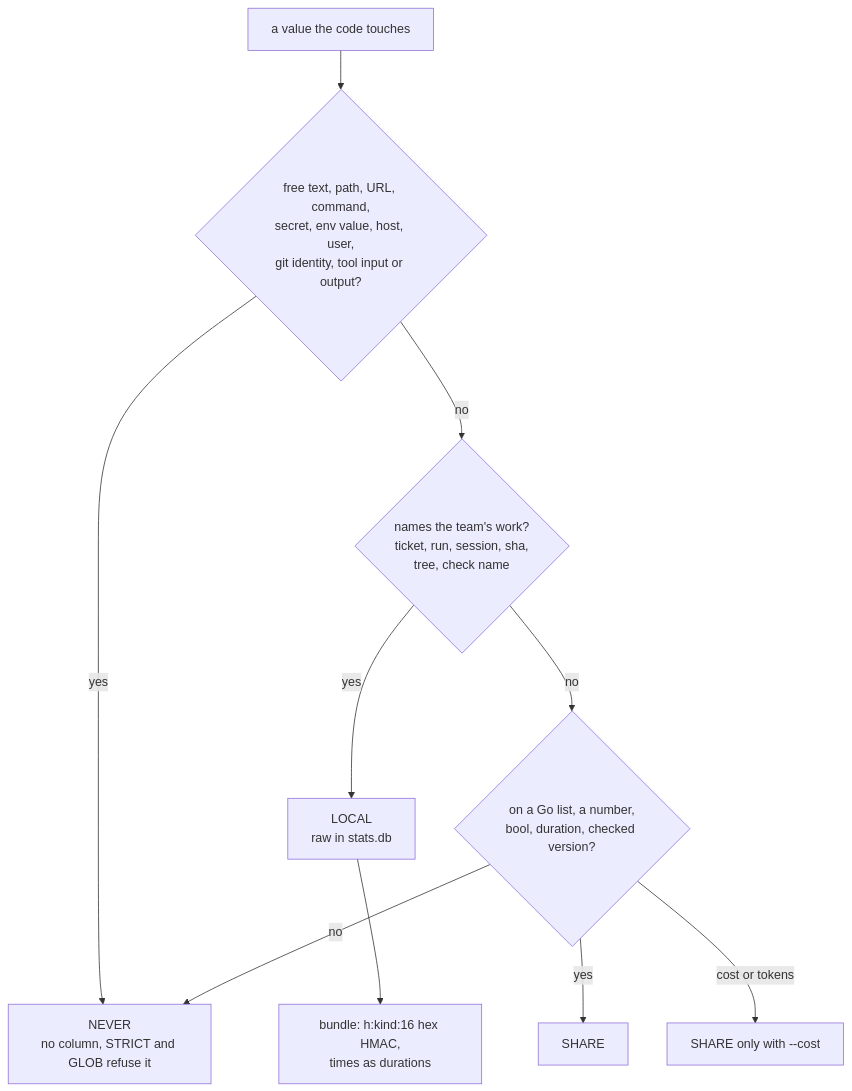
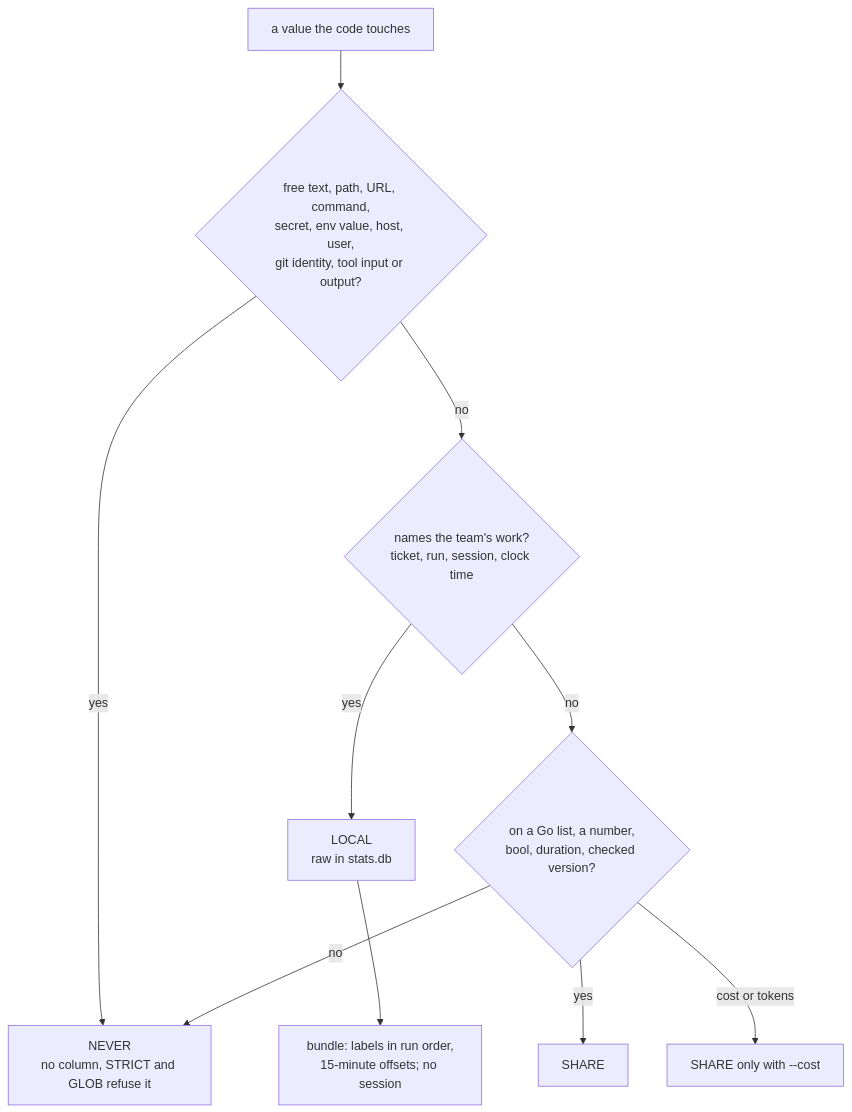
Before and after one commit to ProlesDei/maestro: the seventh of 11 diagrams in docs/design/data-collection.md, drawn with Mermaid. The commit also changed other lines of this file and 3 other files, not shown here.

````diff
--- a/docs/design/data-collection.md
+++ b/docs/design/data-collection.md
@@ -621,12 +581,12 @@
 ```mermaid
 flowchart TD
   A["a value the code touches"] --> B{"free text, path, URL, command,<br/>secret, env value, host, user,<br/>git identity, tool input or output?"}
   B -- yes --> N["NEVER<br/>no column, STRICT and GLOB refuse it"]
-  B -- no --> C{"names the team's work?<br/>ticket, run, session, sha,<br/>tree, check name"}
+  B -- no --> C{"names the team's work?<br/>ticket, run, session, clock time"}
   C -- yes --> L["LOCAL<br/>raw in stats.db"]
-  L --> H["bundle: h:kind:16 hex HMAC,<br/>times as durations"]
+  L --> H["bundle: labels in run order,<br/>15-minute offsets; no session"]
   C -- no --> D{"on a Go list, a number,<br/>bool, duration, checked version?"}
   D -- yes --> S["SHARE"]
   D -- "cost or tokens" --> O["SHARE only with --cost"]
   D -- no --> N
 ```
````
